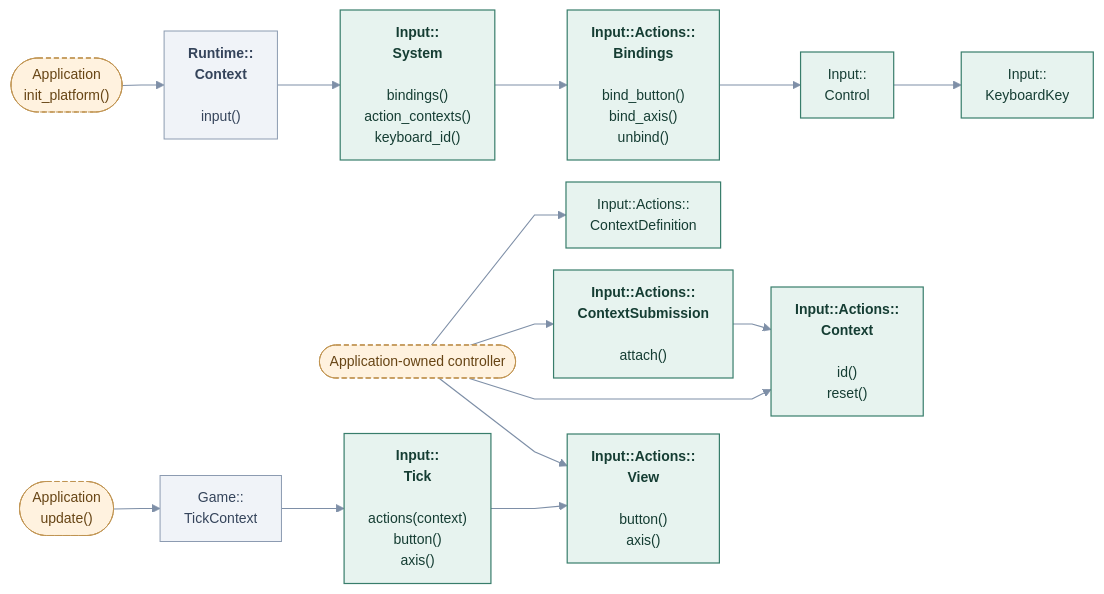
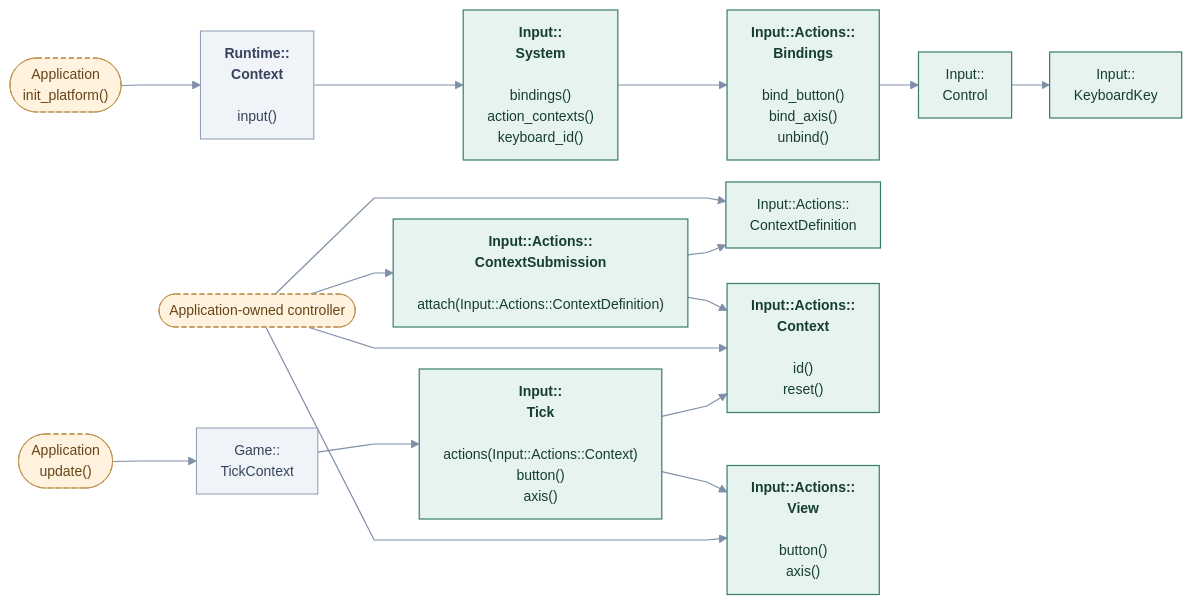
Before and after one commit to cppcooper/cheryl-engine: the diagram in docs/site/engine-systems/diagrams/input-application.mmd, drawn with Mermaid. The commit also changed 1 other file, not shown here.

Commit message:
Clarifies action context arguments in the application input diagram
Name Input::Actions::Context in Tick::actions() and ContextDefinition in
ContextSubmission::attach(). Connect the existing boxes to those argument types
so setup definitions and retained lookup leases are visibly distinct.

Explain the ContextId alternative and borrowed View lifetime in the inspector.
Checks: source/implementation review and 13 focused documentation tooling tests.

```diff
--- a/docs/site/engine-systems/diagrams/input-application.mmd
+++ b/docs/site/engine-systems/diagrams/input-application.mmd
@@ -1,48 +1,50 @@
 ---
 config:
   theme: base
   themeVariables:
     fontFamily: system-ui, sans-serif
     fontSize: 14px
   flowchart:
     htmlLabels: true
     curve: linear
     nodeSpacing: 22
     rankSpacing: 38
     padding: 12
 ---
 flowchart LR
     accTitle: Input · application actions and controllers
     accDescr: Arrows point toward the API or type used, not call order or data flow. Methods beneath type names are selected application entry points; Implement hooks marks engine-invoked overrides. Dashed arrows mark optional choices.
     k0(["Application<br/>init_platform()"]):::app
     k1["<b>Runtime::<br/>Context</b><br/><br/>input()"]:::neighbor
     k2["<b>Input::<br/>System</b><br/><br/>bindings()<br/>action_contexts()<br/>keyboard_id()"]:::focal
     k3["<b>Input::Actions::<br/>Bindings</b><br/><br/>bind_button()<br/>bind_axis()<br/>unbind()"]:::focal
     k4["Input::<br/>Control"]:::focal
     k5["Input::<br/>KeyboardKey"]:::focal
     k6(["Application-owned controller"]):::app
     k7["Input::Actions::<br/>ContextDefinition"]:::focal
-    k8["<b>Input::Actions::<br/>ContextSubmission</b><br/><br/>attach()"]:::focal
+    k8["<b>Input::Actions::<br/>ContextSubmission</b><br/><br/>attach(Input::Actions::ContextDefinition)"]:::focal
     k9["<b>Input::Actions::<br/>Context</b><br/><br/>id()<br/>reset()"]:::focal
     k10(["Application<br/>update()"]):::app
     k11["Game::<br/>TickContext"]:::neighbor
-    k12["<b>Input::<br/>Tick</b><br/><br/>actions(context)<br/>button()<br/>axis()"]:::focal
+    k12["<b>Input::<br/>Tick</b><br/><br/>actions(Input::Actions::Context)<br/>button()<br/>axis()"]:::focal
     k13["<b>Input::Actions::<br/>View</b><br/><br/>button()<br/>axis()"]:::focal
     k2 --> k3
     k3 --> k4
     k4 --> k5
     k6 --> k7
     k6 --> k8
     k8 --> k9
     k6 --> k9
     k10 --> k11
     k11 --> k12
     k12 --> k13
     k6 --> k13
     k0 --> k1
     k1 --> k2
+    k8 --> k7
+    k12 --> k9
     classDef focal fill:#e7f3ef,stroke:#387d6b,color:#153d33,stroke-width:1.2px
     classDef neighbor fill:#f0f3f8,stroke:#8c9bb1,color:#35445b,stroke-width:1px
     classDef app fill:#fff2df,stroke:#c09452,color:#674515,stroke-dasharray:5 3
     classDef system fill:#eaf0fc,stroke:#617fab,color:#263f69,stroke-width:1.2px
     linkStyle default stroke:#7e8fa7,stroke-width:1.2px
```
